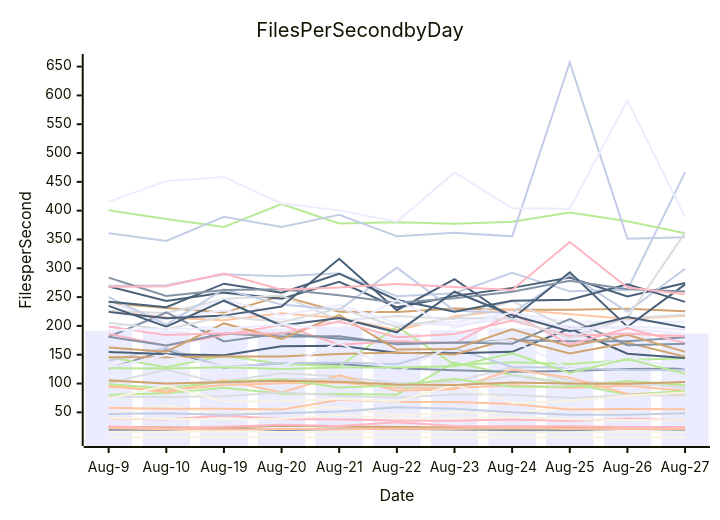
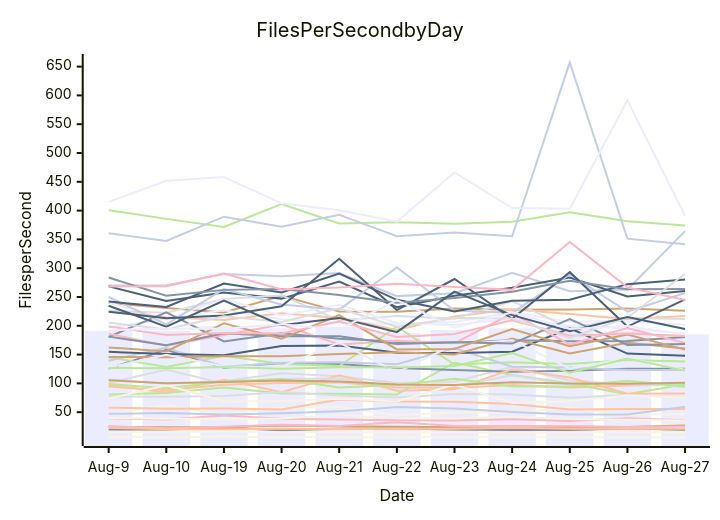
One commit to streetsidesoftware/cspell changed the diagram in perf-report.md. Above: the diagram before and after it, drawn with Mermaid. The commit also changed other lines of this file and 2 other files, not shown here.

````diff
--- a/perf-report.md
+++ b/perf-report.md
@@ -11,57 +11,57 @@
 ```mermaid
 xychart-beta
     title Files Per Second by Day
     y-axis Files per Second
     x-axis Date [Aug-9, Aug-10, Aug-19, Aug-20, Aug-21, Aug-22, Aug-23, Aug-24, Aug-25, Aug-26, Aug-27]
-    bar [191.27, 191.48, 199.45, 195.67, 198.22, 187.40, 192.61, 195.61, 200.69, 190.24, 186.81]
-    line [19.76, 19.87, 23.15, 18.80, 21.30, 21.70, 20.11, 19.24, 18.97, 21.74, 19.97]
-    line [94.45, 88.13, 97.66, 100.71, 101.93, 92.80, 92.11, 97.07, 92.83, 96.14, 87.59]
-    line [106.66, 99.38, 103.80, 117.71, 112.47, 100.50, 103.30, 128.71, 104.89, 98.28, 96.39]
-    line [80.61, 83.15, 92.81, 82.44, 81.86, 80.75, 136.22, 114.72, 99.92, 81.00, 86.97]
-    line [239.79, 231.09, 223.10, 252.00, 224.60, 224.17, 230.06, 227.93, 228.22, 229.99, 225.56]
-    line [269.81, 270.47, 289.77, 286.14, 291.59, 251.52, 256.69, 292.19, 260.02, 262.94, 466.46]
-    line [39.52, 37.52, 44.46, 38.46, 37.42, 35.96, 35.65, 37.61, 34.82, 39.47, 36.02]
-    line [268.54, 243.09, 257.77, 247.18, 276.72, 232.23, 252.08, 266.01, 283.94, 251.01, 274.39]
-    line [6.78, 6.60, 7.51, 6.38, 6.72, 6.55, 6.77, 6.55, 6.58, 6.64, 6.42]
-    line [240.17, 211.99, 227.00, 211.38, 205.51, 203.10, 206.43, 223.33, 206.89, 208.72, 206.49]
-    line [125.68, 158.27, 127.25, 135.61, 133.76, 126.70, 123.28, 120.42, 121.90, 125.42, 126.14]
-    line [225.24, 214.74, 210.02, 221.88, 213.58, 192.56, 216.27, 228.68, 220.47, 211.98, 217.51]
-    line [225.91, 222.58, 246.74, 252.74, 209.47, 217.12, 212.13, 242.98, 195.81, 213.43, 219.29]
-    line [145.75, 128.32, 148.05, 133.76, 130.09, 198.58, 132.66, 136.89, 133.84, 140.74, 143.87]
-    line [24.65, 23.72, 23.68, 26.94, 25.51, 24.79, 23.76, 23.53, 22.75, 24.32, 23.37]
-    line [139.45, 161.93, 128.87, 135.71, 136.66, 133.36, 161.38, 128.87, 127.62, 123.35, 123.16]
-    line [25.95, 22.03, 24.86, 28.29, 26.21, 32.71, 26.20, 26.09, 26.00, 24.43, 24.72]
-    line [154.75, 150.93, 149.02, 164.86, 165.64, 153.35, 152.64, 155.02, 195.52, 151.70, 144.52]
-    line [15.80, 15.53, 17.25, 15.28, 15.49, 14.84, 15.46, 14.39, 15.01, 15.63, 15.11]
-    line [196.97, 211.99, 246.59, 218.10, 236.31, 204.94, 201.38, 212.81, 200.01, 195.34, 186.53]
-    line [180.75, 223.35, 172.94, 187.16, 177.68, 172.01, 170.49, 175.09, 173.22, 173.59, 180.21]
-    line [96.93, 84.41, 106.12, 84.61, 114.12, 87.31, 89.99, 124.55, 110.24, 81.92, 80.95]
-    line [77.16, 76.75, 77.91, 84.91, 78.76, 75.34, 81.46, 80.77, 74.97, 79.78, 79.48]
-    line [400.74, 385.62, 371.65, 411.46, 377.61, 379.88, 377.18, 380.64, 396.91, 381.52, 360.83]
-    line [145.79, 145.58, 147.10, 147.08, 151.07, 153.94, 150.27, 178.09, 152.08, 170.66, 146.72]
-    line [249.96, 202.34, 263.67, 236.99, 228.06, 301.20, 226.40, 222.40, 289.06, 224.56, 299.11]
-    line [186.27, 165.43, 184.07, 202.12, 167.51, 173.85, 169.85, 221.75, 167.75, 195.90, 170.16]
-    line [224.37, 213.27, 217.89, 233.79, 316.48, 227.32, 281.23, 212.31, 293.11, 198.49, 272.12]
-    line [47.00, 61.84, 45.89, 57.63, 58.67, 44.77, 49.92, 49.06, 57.90, 45.60, 47.39]
-    line [127.47, 149.55, 129.16, 129.10, 170.99, 119.13, 167.47, 175.06, 125.57, 143.51, 127.26]
-    line [181.18, 166.12, 186.93, 181.85, 181.88, 168.34, 171.35, 169.12, 211.70, 166.64, 169.19]
-    line [57.90, 56.15, 56.35, 54.76, 71.89, 68.47, 68.09, 64.39, 54.76, 55.64, 55.50]
-    line [101.07, 123.80, 99.87, 108.06, 107.98, 95.34, 94.96, 114.12, 97.84, 103.09, 92.24]
-    line [98.84, 91.76, 103.43, 107.49, 93.08, 97.11, 107.90, 94.53, 94.47, 104.38, 97.34]
-    line [162.48, 155.40, 204.32, 177.59, 218.64, 159.00, 159.79, 194.26, 164.45, 184.75, 154.91]
-    line [360.76, 347.31, 389.41, 371.89, 392.82, 355.53, 361.83, 355.43, 657.12, 351.25, 353.69]
-    line [198.91, 184.05, 187.41, 186.67, 207.48, 180.49, 185.92, 209.38, 182.67, 186.49, 182.27]
-    line [242.10, 232.62, 273.32, 257.69, 290.62, 245.10, 224.83, 243.49, 245.36, 272.30, 241.75]
-    line [73.60, 96.61, 68.89, 69.48, 73.38, 68.77, 97.84, 66.15, 69.59, 78.77, 84.52]
-    line [415.14, 451.69, 458.22, 412.53, 400.53, 380.98, 466.37, 404.40, 403.18, 591.49, 388.78]
-    line [283.77, 252.09, 262.36, 263.68, 253.37, 240.18, 248.22, 259.20, 278.18, 263.50, 259.54]
-    line [22.84, 20.59, 20.47, 21.22, 20.90, 21.42, 21.40, 22.88, 21.36, 21.22, 21.34]
-    line [205.56, 193.98, 216.67, 206.61, 230.20, 198.53, 213.69, 212.64, 179.07, 214.07, 361.94]
-    line [126.64, 126.17, 128.45, 125.27, 127.94, 127.77, 130.20, 152.67, 118.34, 143.02, 117.15]
-    line [105.46, 100.11, 102.43, 104.89, 103.21, 98.21, 97.36, 101.78, 100.00, 99.58, 102.72]
-    line [47.26, 48.66, 46.00, 48.26, 51.42, 58.83, 56.30, 50.38, 45.97, 45.91, 48.45]
-    line [268.09, 268.70, 290.78, 262.94, 266.60, 272.93, 267.45, 262.37, 345.57, 266.69, 254.99]
-    line [234.76, 198.61, 243.75, 200.90, 213.71, 188.91, 259.37, 218.53, 190.79, 215.33, 197.14]
-    line [39.98, 38.63, 38.64, 39.11, 45.24, 39.50, 39.66, 42.07, 38.23, 36.94, 36.40]
-    line [192.03, 195.48, 194.87, 202.54, 193.62, 244.63, 196.70, 223.56, 194.58, 199.46, 193.17]
+    bar [191.27, 191.48, 199.45, 195.67, 198.22, 187.40, 192.61, 195.61, 200.69, 190.24, 185.15]
+    line [19.76, 19.87, 23.15, 18.80, 21.30, 21.70, 20.11, 19.24, 18.97, 21.74, 19.44]
+    line [94.45, 88.13, 97.66, 100.71, 101.93, 92.80, 92.11, 97.07, 92.83, 96.14, 97.78]
+    line [106.66, 99.38, 103.80, 117.71, 112.47, 100.50, 103.30, 128.71, 104.89, 98.28, 96.78]
+    line [80.61, 83.15, 92.81, 82.44, 81.86, 80.75, 136.22, 114.72, 99.92, 81.00, 98.60]
+    line [239.79, 231.09, 223.10, 252.00, 224.60, 224.17, 230.06, 227.93, 228.22, 229.99, 225.97]
+    line [269.81, 270.47, 289.77, 286.14, 291.59, 251.52, 256.69, 292.19, 260.02, 262.94, 364.38]
+    line [39.52, 37.52, 44.46, 38.46, 37.42, 35.96, 35.65, 37.61, 34.82, 39.47, 36.12]
+    line [268.54, 243.09, 257.77, 247.18, 276.72, 232.23, 252.08, 266.01, 283.94, 251.01, 260.27]
+    line [6.78, 6.60, 7.51, 6.38, 6.72, 6.55, 6.77, 6.55, 6.58, 6.64, 6.06]
+    line [240.17, 211.99, 227.00, 211.38, 205.51, 203.10, 206.43, 223.33, 206.89, 208.72, 201.20]
+    line [125.68, 158.27, 127.25, 135.61, 133.76, 126.70, 123.28, 120.42, 121.90, 125.42, 125.26]
+    line [225.24, 214.74, 210.02, 221.88, 213.58, 192.56, 216.27, 228.68, 220.47, 211.98, 216.89]
+    line [225.91, 222.58, 246.74, 252.74, 209.47, 217.12, 212.13, 242.98, 195.81, 213.43, 211.78]
+    line [145.75, 128.32, 148.05, 133.76, 130.09, 198.58, 132.66, 136.89, 133.84, 140.74, 138.14]
+    line [24.65, 23.72, 23.68, 26.94, 25.51, 24.79, 23.76, 23.53, 22.75, 24.32, 26.78]
+    line [139.45, 161.93, 128.87, 135.71, 136.66, 133.36, 161.38, 128.87, 127.62, 123.35, 123.11]
+    line [25.95, 22.03, 24.86, 28.29, 26.21, 32.71, 26.20, 26.09, 26.00, 24.43, 25.37]
+    line [154.75, 150.93, 149.02, 164.86, 165.64, 153.35, 152.64, 155.02, 195.52, 151.70, 148.17]
+    line [15.80, 15.53, 17.25, 15.28, 15.49, 14.84, 15.46, 14.39, 15.01, 15.63, 14.69]
+    line [196.97, 211.99, 246.59, 218.10, 236.31, 204.94, 201.38, 212.81, 200.01, 195.34, 186.50]
+    line [180.75, 223.35, 172.94, 187.16, 177.68, 172.01, 170.49, 175.09, 173.22, 173.59, 180.48]
+    line [96.93, 84.41, 106.12, 84.61, 114.12, 87.31, 89.99, 124.55, 110.24, 81.92, 82.24]
+    line [77.16, 76.75, 77.91, 84.91, 78.76, 75.34, 81.46, 80.77, 74.97, 79.78, 75.90]
+    line [400.74, 385.62, 371.65, 411.46, 377.61, 379.88, 377.18, 380.64, 396.91, 381.52, 374.08]
+    line [145.79, 145.58, 147.10, 147.08, 151.07, 153.94, 150.27, 178.09, 152.08, 170.66, 160.71]
+    line [249.96, 202.34, 263.67, 236.99, 228.06, 301.20, 226.40, 222.40, 289.06, 224.56, 256.87]
+    line [186.27, 165.43, 184.07, 202.12, 167.51, 173.85, 169.85, 221.75, 167.75, 195.90, 170.00]
+    line [224.37, 213.27, 217.89, 233.79, 316.48, 227.32, 281.23, 212.31, 293.11, 198.49, 245.94]
+    line [47.00, 61.84, 45.89, 57.63, 58.67, 44.77, 49.92, 49.06, 57.90, 45.60, 46.71]
+    line [127.47, 149.55, 129.16, 129.10, 170.99, 119.13, 167.47, 175.06, 125.57, 143.51, 123.67]
+    line [181.18, 166.12, 186.93, 181.85, 181.88, 168.34, 171.35, 169.12, 211.70, 166.64, 168.34]
+    line [57.90, 56.15, 56.35, 54.76, 71.89, 68.47, 68.09, 64.39, 54.76, 55.64, 55.71]
+    line [101.07, 123.80, 99.87, 108.06, 107.98, 95.34, 94.96, 114.12, 97.84, 103.09, 93.25]
+    line [98.84, 91.76, 103.43, 107.49, 93.08, 97.11, 107.90, 94.53, 94.47, 104.38, 94.67]
+    line [162.48, 155.40, 204.32, 177.59, 218.64, 159.00, 159.79, 194.26, 164.45, 184.75, 158.60]
+    line [360.76, 347.31, 389.41, 371.89, 392.82, 355.53, 361.83, 355.43, 657.12, 351.25, 341.51]
+    line [198.91, 184.05, 187.41, 186.67, 207.48, 180.49, 185.92, 209.38, 182.67, 186.49, 182.43]
+    line [242.10, 232.62, 273.32, 257.69, 290.62, 245.10, 224.83, 243.49, 245.36, 272.30, 280.33]
+    line [73.60, 96.61, 68.89, 69.48, 73.38, 68.77, 97.84, 66.15, 69.59, 78.77, 75.57]
+    line [415.14, 451.69, 458.22, 412.53, 400.53, 380.98, 466.37, 404.40, 403.18, 591.49, 390.96]
+    line [283.77, 252.09, 262.36, 263.68, 253.37, 240.18, 248.22, 259.20, 278.18, 263.50, 263.68]
+    line [22.84, 20.59, 20.47, 21.22, 20.90, 21.42, 21.40, 22.88, 21.36, 21.22, 21.19]
+    line [205.56, 193.98, 216.67, 206.61, 230.20, 198.53, 213.69, 212.64, 179.07, 214.07, 290.22]
+    line [126.64, 126.17, 128.45, 125.27, 127.94, 127.77, 130.20, 152.67, 118.34, 143.02, 122.15]
+    line [105.46, 100.11, 102.43, 104.89, 103.21, 98.21, 97.36, 101.78, 100.00, 99.58, 101.28]
+    line [47.26, 48.66, 46.00, 48.26, 51.42, 58.83, 56.30, 50.38, 45.97, 45.91, 59.43]
+    line [268.09, 268.70, 290.78, 262.94, 266.60, 272.93, 267.45, 262.37, 345.57, 266.69, 244.68]
+    line [234.76, 198.61, 243.75, 200.90, 213.71, 188.91, 259.37, 218.53, 190.79, 215.33, 194.36]
+    line [39.98, 38.63, 38.64, 39.11, 45.24, 39.50, 39.66, 42.07, 38.23, 36.94, 35.58]
+    line [192.03, 195.48, 194.87, 202.54, 193.62, 244.63, 196.70, 223.56, 194.58, 199.46, 185.25]
 ```
````
